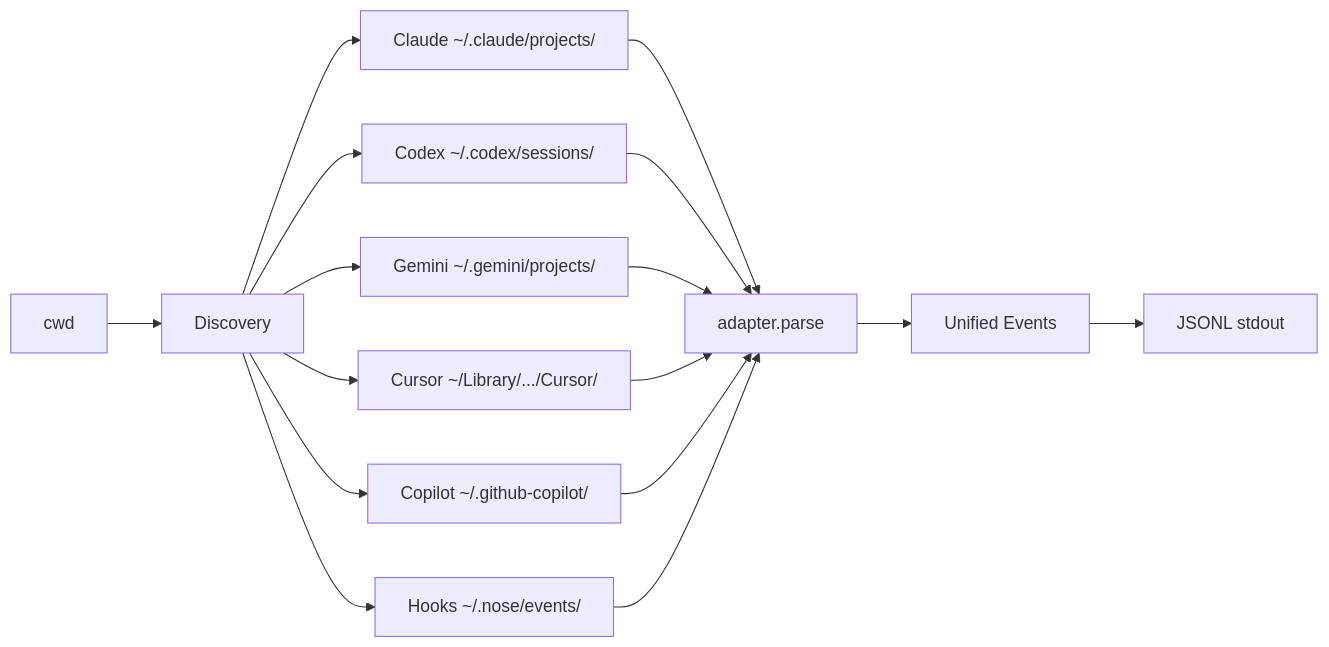
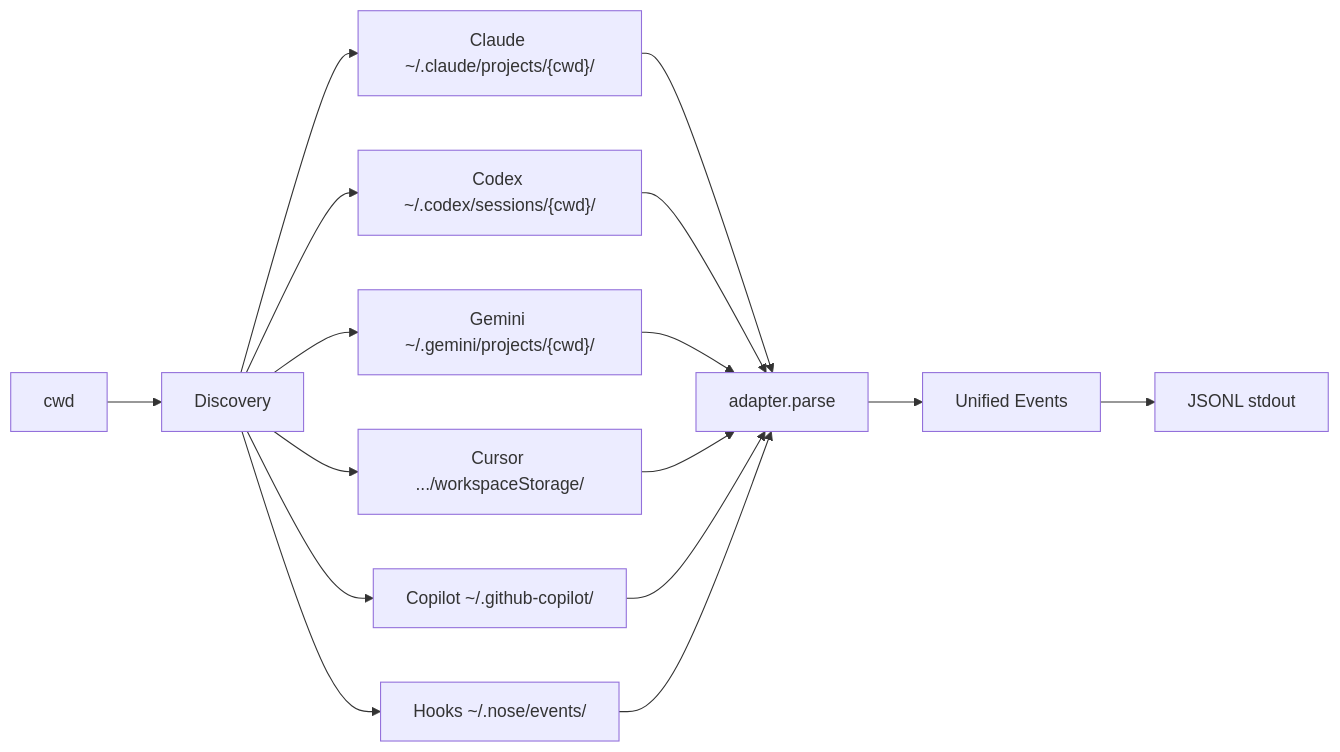
Before and after one commit to ayeo/nose: the first of 2 diagrams in README.md, drawn with Mermaid. The commit also changed other lines of this file, not shown here.

Commit message:
docs: fix cwd-scoped paths in diagram, add stats and watch to usage

````diff
--- a/README.md
+++ b/README.md
@@ -164,18 +180,18 @@
 ```mermaid
 graph LR
     CWD[cwd] --> D[Discovery]
-    D --> C[Claude ~/.claude/projects/]
-    D --> X[Codex ~/.codex/sessions/]
-    D --> G[Gemini ~/.gemini/projects/]
-    D --> R[Cursor ~/Library/.../Cursor/]
-    D --> P[Copilot ~/.github-copilot/]
-    D --> H[Hooks ~/.nose/events/]
+    D --> C["Claude ~/.claude/projects/{cwd}/"]
+    D --> X["Codex ~/.codex/sessions/{cwd}/"]
+    D --> G["Gemini ~/.gemini/projects/{cwd}/"]
+    D --> R["Cursor .../workspaceStorage/"]
+    D --> P["Copilot ~/.github-copilot/"]
+    D --> H["Hooks ~/.nose/events/"]
     C --> A[adapter.parse]
     X --> A
     G --> A
     R --> A
     P --> A
     H --> A
     A --> E[Unified Events]
     E --> J[JSONL stdout]
 ```
````
